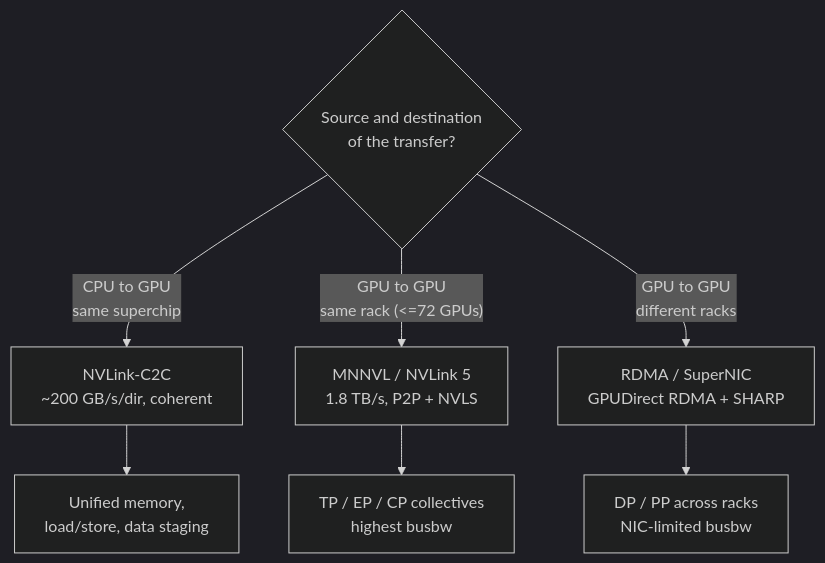
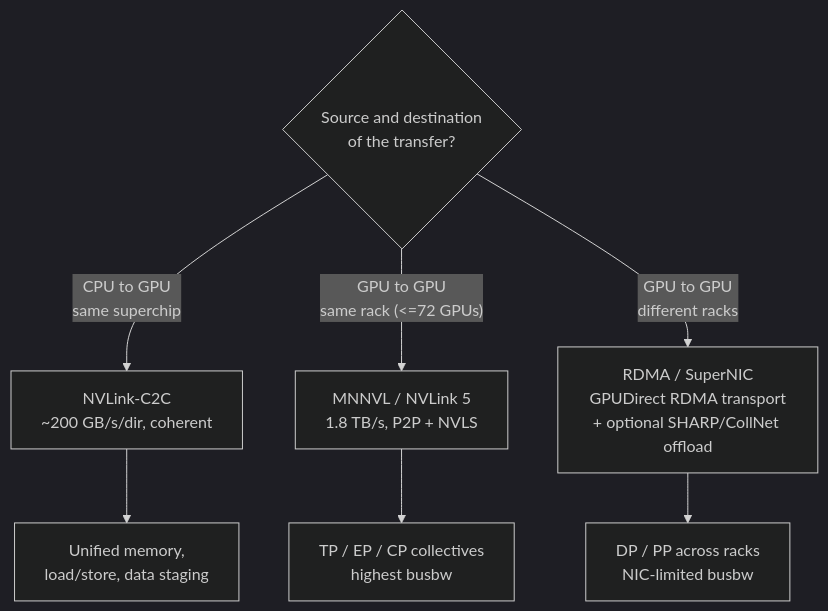
Before and after one commit to dfwguy/validation: the third of 9 diagrams in nvl72.md, drawn with Mermaid (dark theme). The commit also changed other lines of this file, not shown here.

First line of the commit message:
Tighten NVL72 transport/busbw terminology and fix data-flow numbers

````diff
--- a/nvl72.md
+++ b/nvl72.md
@@ -196,11 +196,11 @@
 ```mermaid
 flowchart TD
     Q{"Source and destination<br/>of the transfer?"}
     Q -->|"CPU to GPU<br/>same superchip"| C2C["NVLink-C2C<br/>~200 GB/s/dir, coherent"]
     Q -->|"GPU to GPU<br/>same rack (<=72 GPUs)"| NVL["MNNVL / NVLink 5<br/>1.8 TB/s, P2P + NVLS"]
-    Q -->|"GPU to GPU<br/>different racks"| RDMA["RDMA / SuperNIC<br/>GPUDirect RDMA + SHARP"]
+    Q -->|"GPU to GPU<br/>different racks"| RDMA["RDMA / SuperNIC<br/>GPUDirect RDMA transport<br/>+ optional SHARP/CollNet offload"]
 
     C2C --> NOTE1["Unified memory,<br/>load/store, data staging"]
     NVL --> NOTE2["TP / EP / CP collectives<br/>highest busbw"]
     RDMA --> NOTE3["DP / PP across racks<br/>NIC-limited busbw"]
 ```
````
